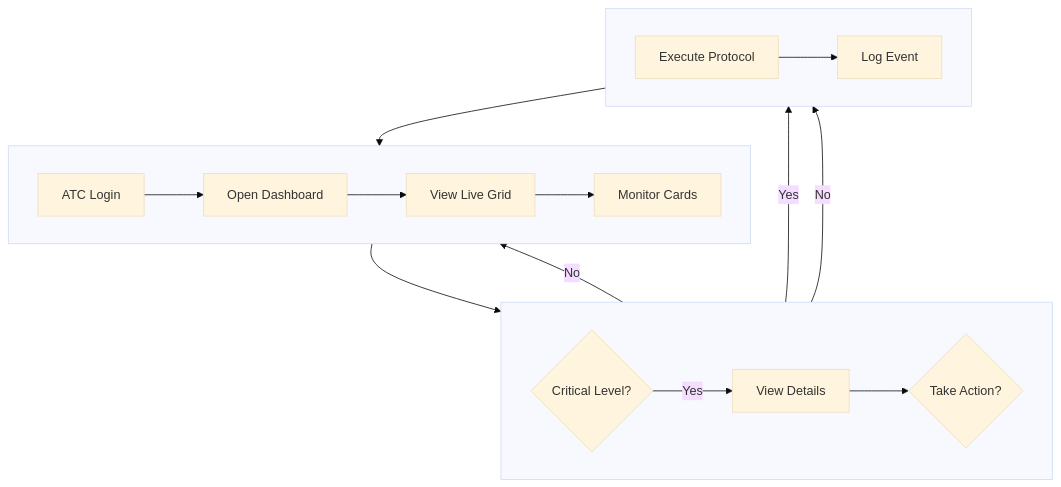
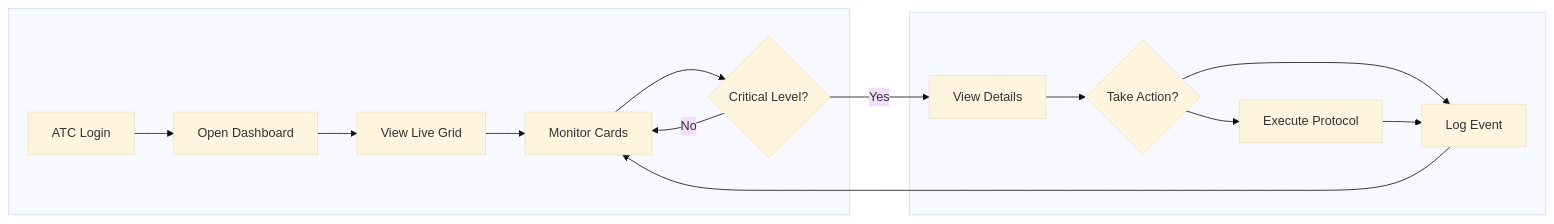
Before and after one commit to RoundRobinHood/cogniflight-cloud: the fifth of 10 diagrams in docs/SEN3781_Assignment4_Information_Architecture_Report.md, drawn with Mermaid (base theme). The commit also changed other lines of this file, not shown here.

Commit message:
improved diagram readability

````diff
--- a/docs/SEN3781_Assignment4_Information_Architecture_Report.md
+++ b/docs/SEN3781_Assignment4_Information_Architecture_Report.md
@@ -269,20 +256,15 @@
 ```mermaid
-flowchart TB
+flowchart LR
     subgraph row1[" "]
-        direction LR
         A[ATC Login] --> B[Open Dashboard] --> C[View Live Grid] --> D[Monitor Cards]
+        D --> E{Critical Level?}
     end
     subgraph row2[" "]
-        direction LR
-        E{Critical Level?} -->|Yes| F[View Details] --> G{Take Action?}
+        F[View Details] --> G{Take Action?} --> H[Execute Protocol]
+        G --> I[Log Event]
     end
-    subgraph row3[" "]
-        direction LR
-        H[Execute Protocol] --> I[Log Event]
-    end
-    D --> E
+    E -->|Yes| F
     E -->|No| D
-    G -->|Yes| H
-    G -->|No| I
+    H --> I
     I --> D
 ```
````
